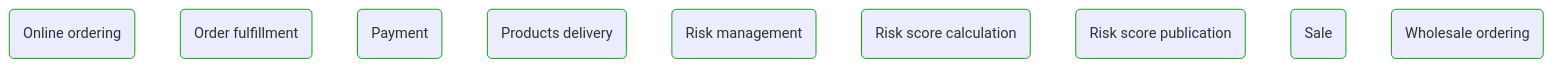
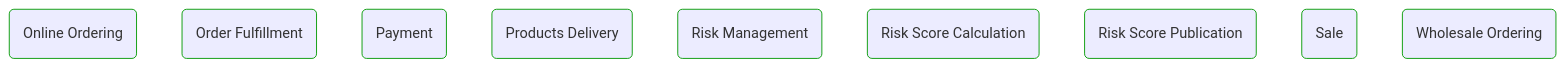
One commit to itlibrium/DDD-starter-dotnet changed the diagram in Docs/P3/MermaidOutput/Domain/Processes/BusinessProcesses.md. Above: the diagram before and after it, drawn with Mermaid. The commit also changed other lines of this file and 237 other files, not shown here.

````diff
--- a/Docs/P3/MermaidOutput/Domain/Processes/BusinessProcesses.md
+++ b/Docs/P3/MermaidOutput/Domain/Processes/BusinessProcesses.md
@@ -9,24 +9,24 @@
 ```mermaid
   flowchart TB
-    0(Online ordering)
+    0(Online Ordering)
     class 0 DomainPerspective
-    1(Order fulfillment)
+    1(Order Fulfillment)
     class 1 DomainPerspective
     2(Payment)
     class 2 DomainPerspective
-    3(Products delivery)
+    3(Products Delivery)
     class 3 DomainPerspective
-    4(Risk management)
+    4(Risk Management)
     class 4 DomainPerspective
-    5(Risk score calculation)
+    5(Risk Score Calculation)
     class 5 DomainPerspective
-    6(Risk score publication)
+    6(Risk Score Publication)
     class 6 DomainPerspective
     7(Sale)
     class 7 DomainPerspective
-    8(Wholesale ordering)
+    8(Wholesale Ordering)
     class 8 DomainPerspective
     classDef DomainPerspective stroke:#009900
     classDef TechnologyPerspective stroke:#1F41EB
     classDef PeoplePerspective stroke:#FFF014
 ```
````
